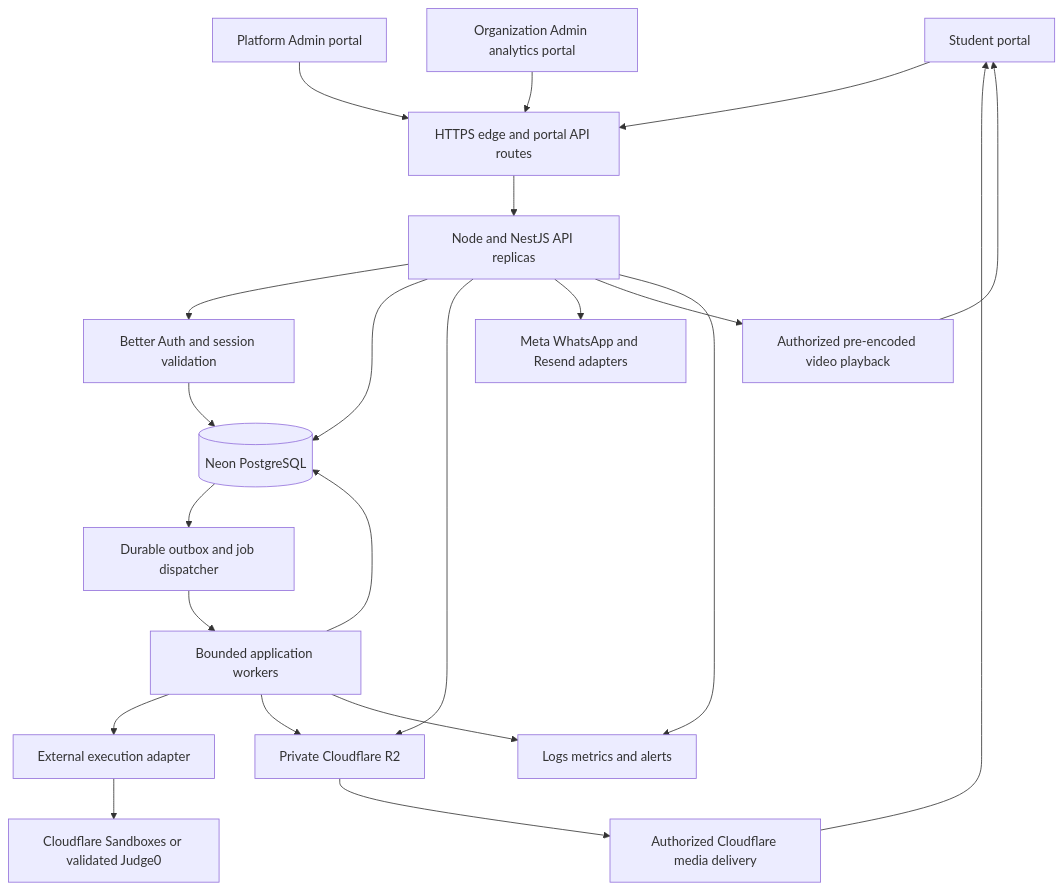
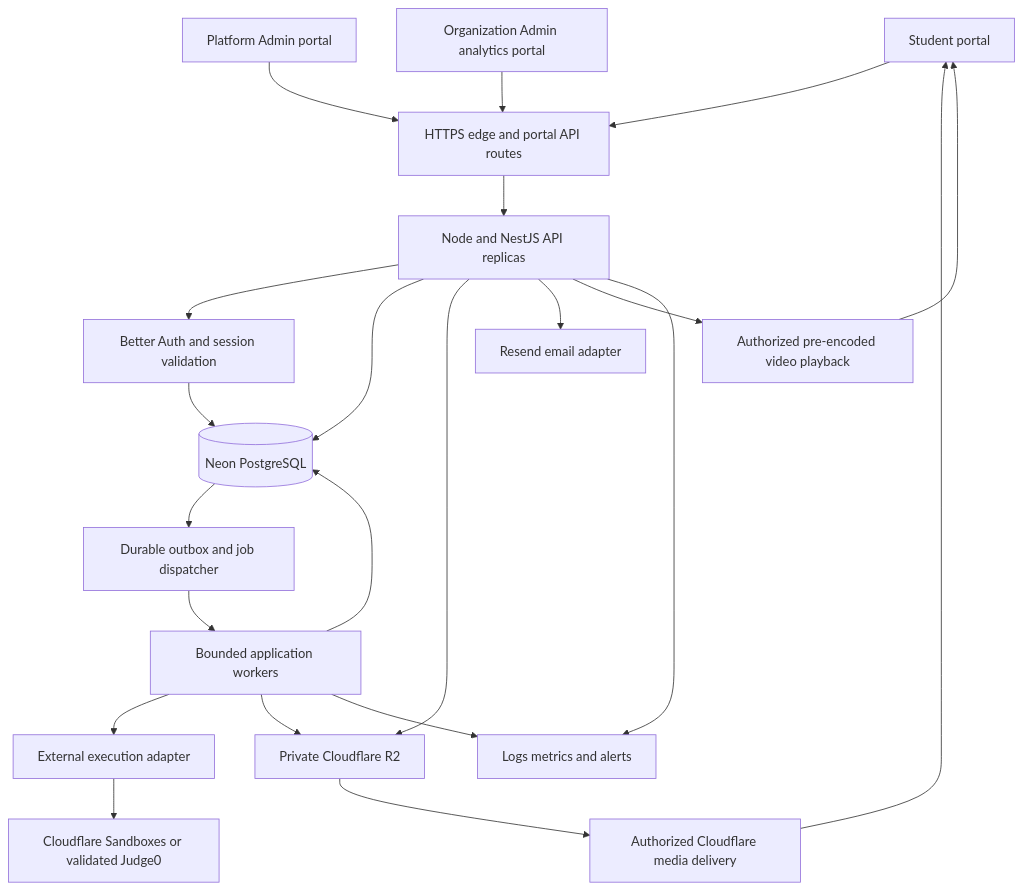
The first of 2 diagrams in docs/production-architecture.md (LokeshPrudhvi/otp-slate), drawn with Mermaid before and after one commit. The commit also changed other lines of this file and 121 other files, not shown here.

````diff
--- a/docs/production-architecture.md
+++ b/docs/production-architecture.md
@@ -77,24 +76,24 @@
 ```mermaid
 flowchart TB
   S[Student portal] --> E[HTTPS edge and portal API routes]
   P[Platform Admin portal] --> E
   O[Organization Admin analytics portal] --> E
   E --> A[Node and NestJS API replicas]
   A --> I[Better Auth and session validation]
   I --> D[(Neon PostgreSQL)]
   A --> D
   D --> X[Durable outbox and job dispatcher]
   X --> W[Bounded application workers]
   W --> D
   W --> J[External execution adapter]
   J --> K[Cloudflare Sandboxes or validated Judge0]
   W --> F[Private Cloudflare R2]
   A --> F
   F --> C[Authorized Cloudflare media delivery]
   C --> S
-  A --> N[Meta WhatsApp and Resend adapters]
+  A --> N[Resend email adapter]
   A --> V[Authorized pre-encoded video playback]
   V --> S
   A --> T[Logs metrics and alerts]
   W --> T
 ```
````
